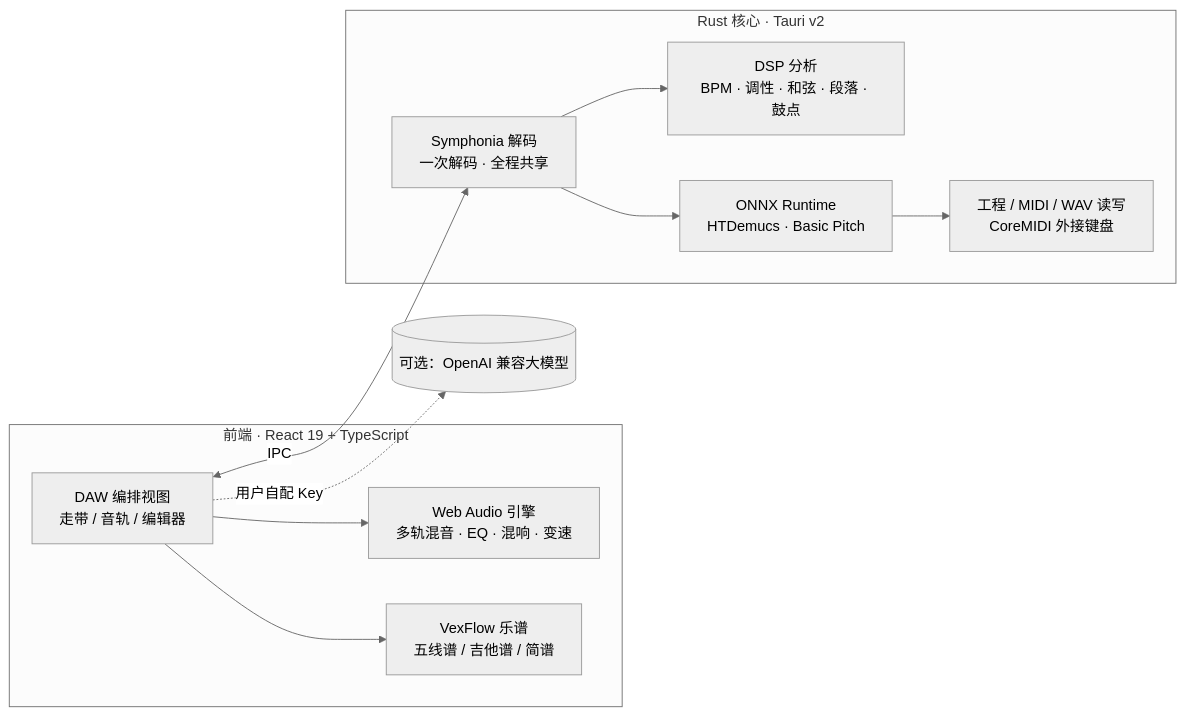
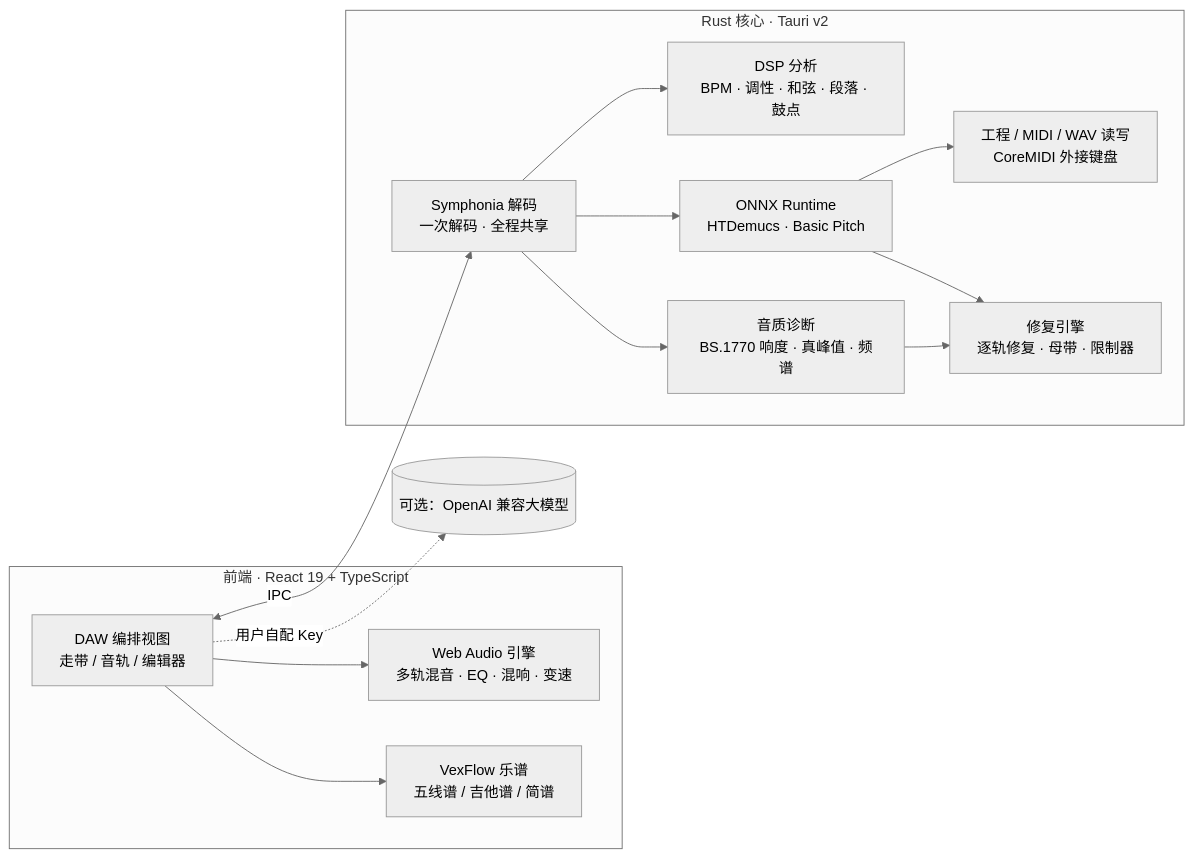
One commit to lyinet/stemscribe changed the diagram in README.md. Above: the diagram before and after it, drawn with Mermaid (neutral theme). The commit also changed other lines of this file and 12 other files, not shown here.

````diff
--- a/README.md
+++ b/README.md
@@ -187,20 +210,24 @@
 ```mermaid
 flowchart LR
   subgraph UI["前端 · React 19 + TypeScript"]
     A[DAW 编排视图<br/>走带 / 音轨 / 编辑器]
     B[Web Audio 引擎<br/>多轨混音 · EQ · 混响 · 变速]
     C[VexFlow 乐谱<br/>五线谱 / 吉他谱 / 简谱]
   end
   subgraph Core["Rust 核心 · Tauri v2"]
     D[Symphonia 解码<br/>一次解码 · 全程共享]
     E[DSP 分析<br/>BPM · 调性 · 和弦 · 段落 · 鼓点]
     F[ONNX Runtime<br/>HTDemucs · Basic Pitch]
     G[工程 / MIDI / WAV 读写<br/>CoreMIDI 外接键盘]
+    Q[音质诊断<br/>BS.1770 响度 · 真峰值 · 频谱]
+    R[修复引擎<br/>逐轨修复 · 母带 · 限制器]
   end
   H[(可选：OpenAI 兼容大模型)]
   A <-- IPC --> D
-  D --> E & F
+  D --> E & F & Q
+  F --> R
+  Q --> R
   F --> G
   A --> B & C
   A -. 用户自配 Key .-> H
 ```
````
